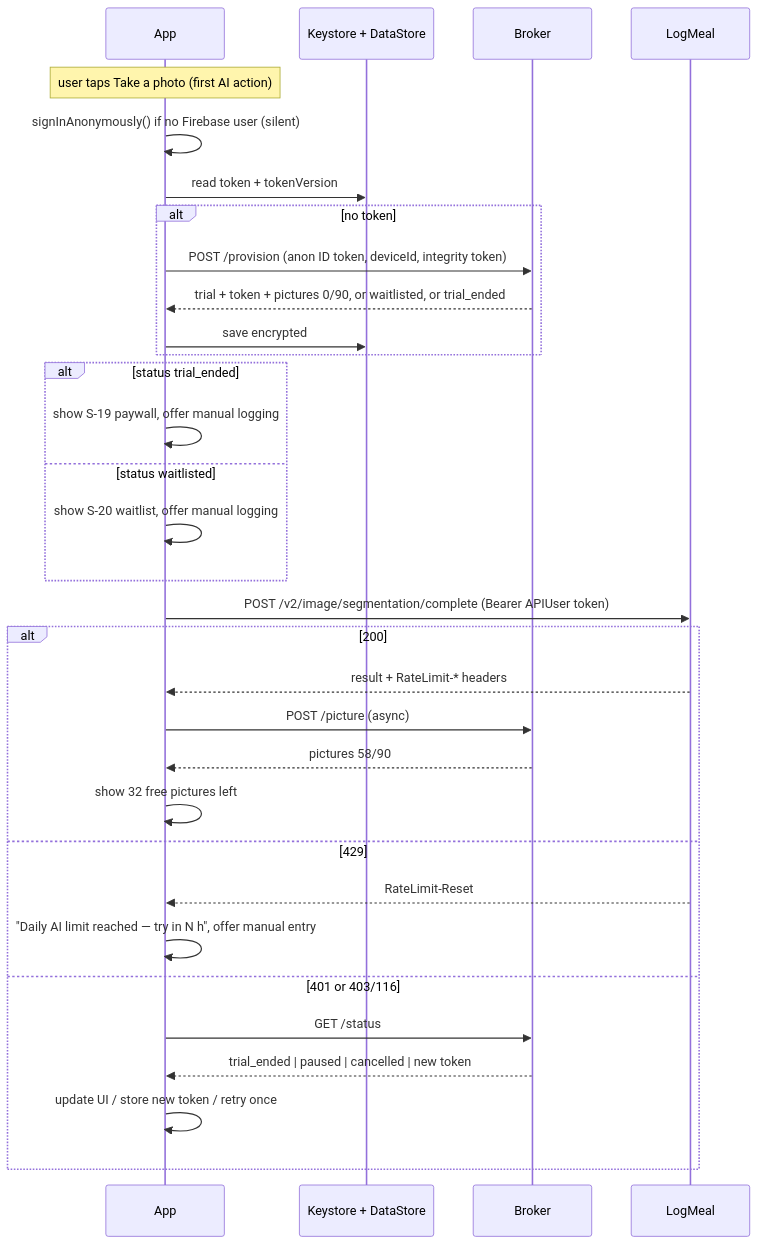
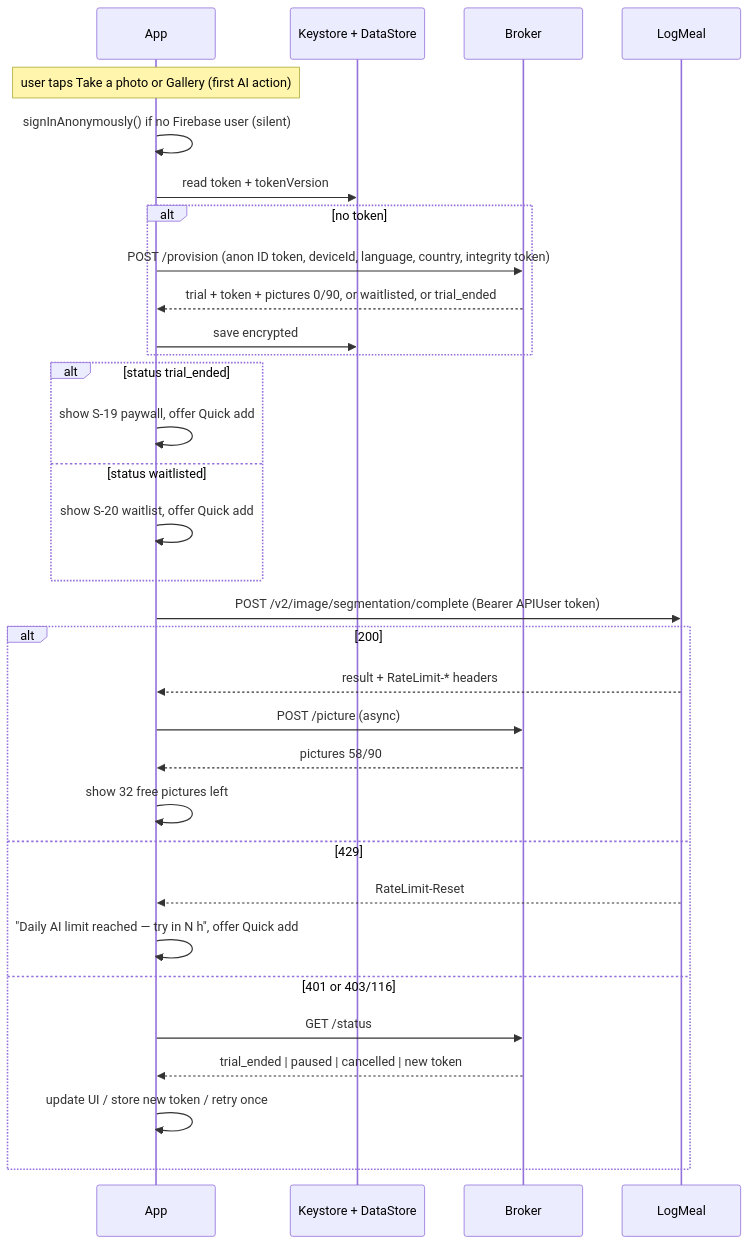
Before and after one commit to sergeybelyuga-ops/snackshot: the fourth of 4 diagrams in docs/Architecture/11_logmeal-access-token-management.md, drawn with Mermaid. The commit also changed other lines of this file and 28 other files, not shown here.

````diff
--- a/docs/Architecture/11_logmeal-access-token-management.md
+++ b/docs/Architecture/11_logmeal-access-token-management.md
@@ -380,35 +407,35 @@
 ```mermaid
 sequenceDiagram
     participant App
     participant Store as Keystore + DataStore
     participant Broker
     participant LM as LogMeal
 
-    Note over App: user taps Take a photo (first AI action)
+    Note over App: user taps Take a photo or Gallery (first AI action)
     App->>App: signInAnonymously() if no Firebase user (silent)
     App->>Store: read token + tokenVersion
     alt no token
-        App->>Broker: POST /provision (anon ID token, deviceId, integrity token)
+        App->>Broker: POST /provision (anon ID token, deviceId, language, country, integrity token)
         Broker-->>App: trial + token + pictures 0/90, or waitlisted, or trial_ended
         App->>Store: save encrypted
     end
     alt status trial_ended
-        App->>App: show S-19 paywall, offer manual logging
+        App->>App: show S-19 paywall, offer Quick add
     else status waitlisted
-        App->>App: show S-20 waitlist, offer manual logging
+        App->>App: show S-20 waitlist, offer Quick add
     end
     App->>LM: POST /v2/image/segmentation/complete (Bearer APIUser token)
     alt 200
         LM-->>App: result + RateLimit-* headers
         App->>Broker: POST /picture (async)
         Broker-->>App: pictures 58/90
         App->>App: show 32 free pictures left
     else 429
         LM-->>App: RateLimit-Reset
-        App->>App: "Daily AI limit reached — try in N h", offer manual entry
+        App->>App: "Daily AI limit reached — try in N h", offer Quick add
     else 401 or 403/116
         App->>Broker: GET /status
         Broker-->>App: trial_ended | paused | cancelled | new token
         App->>App: update UI / store new token / retry once
     end
 ```
````
